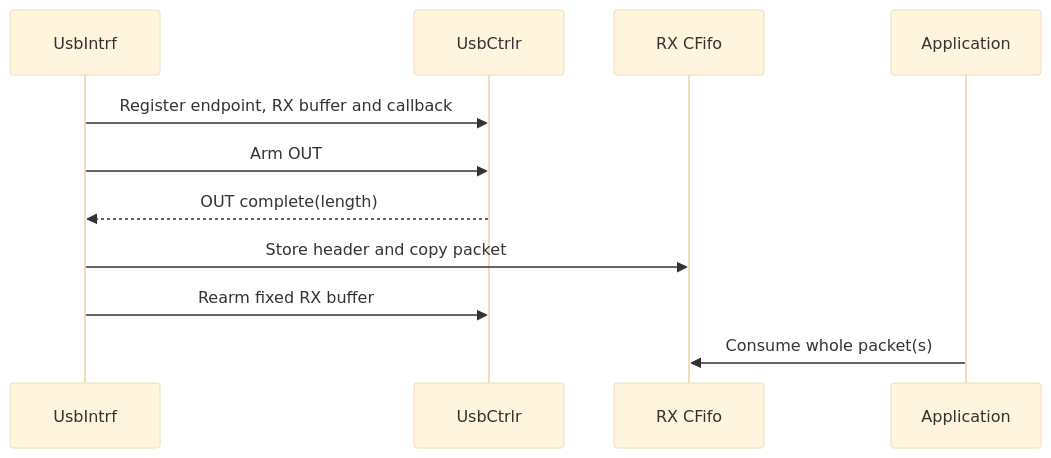
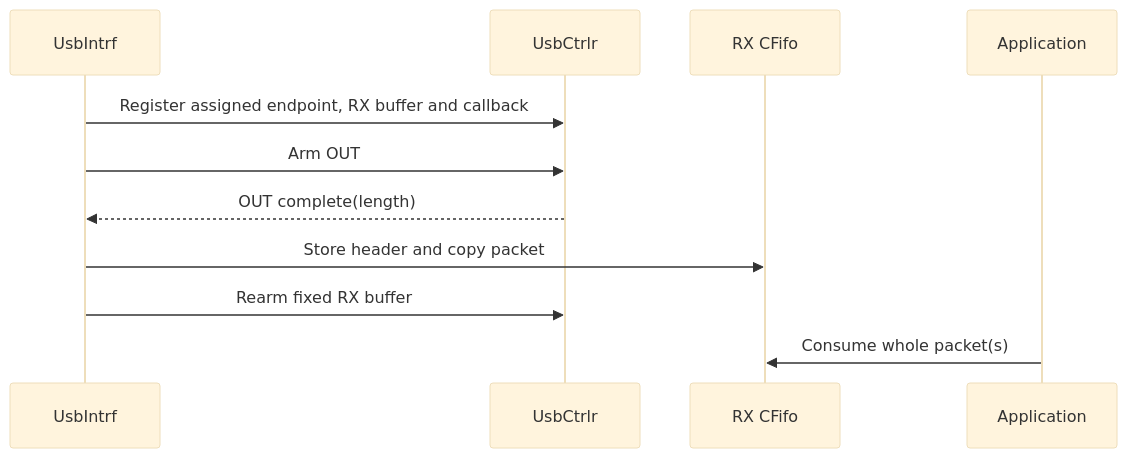
Before and after one commit to IOsonata/IOsonata: the third of 3 diagrams in docs/architecture/usb.md, drawn with Mermaid (base theme). The commit also changed other lines of this file and 46 other files, not shown here.

````diff
--- a/docs/architecture/usb.md
+++ b/docs/architecture/usb.md
@@ -115,13 +160,13 @@
 ```mermaid
 sequenceDiagram
     participant U as UsbIntrf
     participant C as UsbCtrlr
     participant F as RX CFifo
     participant A as Application
-    U->>C: Register endpoint, RX buffer and callback
+    U->>C: Register assigned endpoint, RX buffer and callback
     U->>C: Arm OUT
     C-->>U: OUT complete(length)
     U->>F: Store header and copy packet
     U->>C: Rearm fixed RX buffer
     A->>F: Consume whole packet(s)
 ```
````
